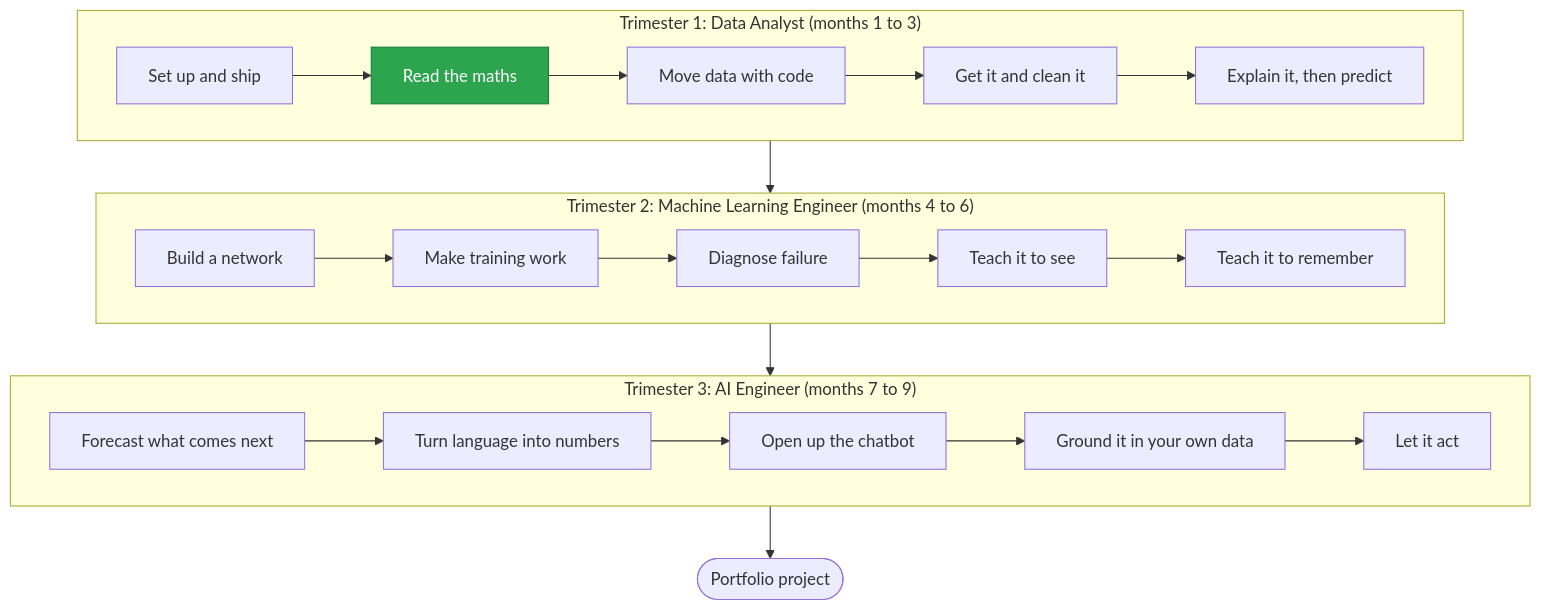
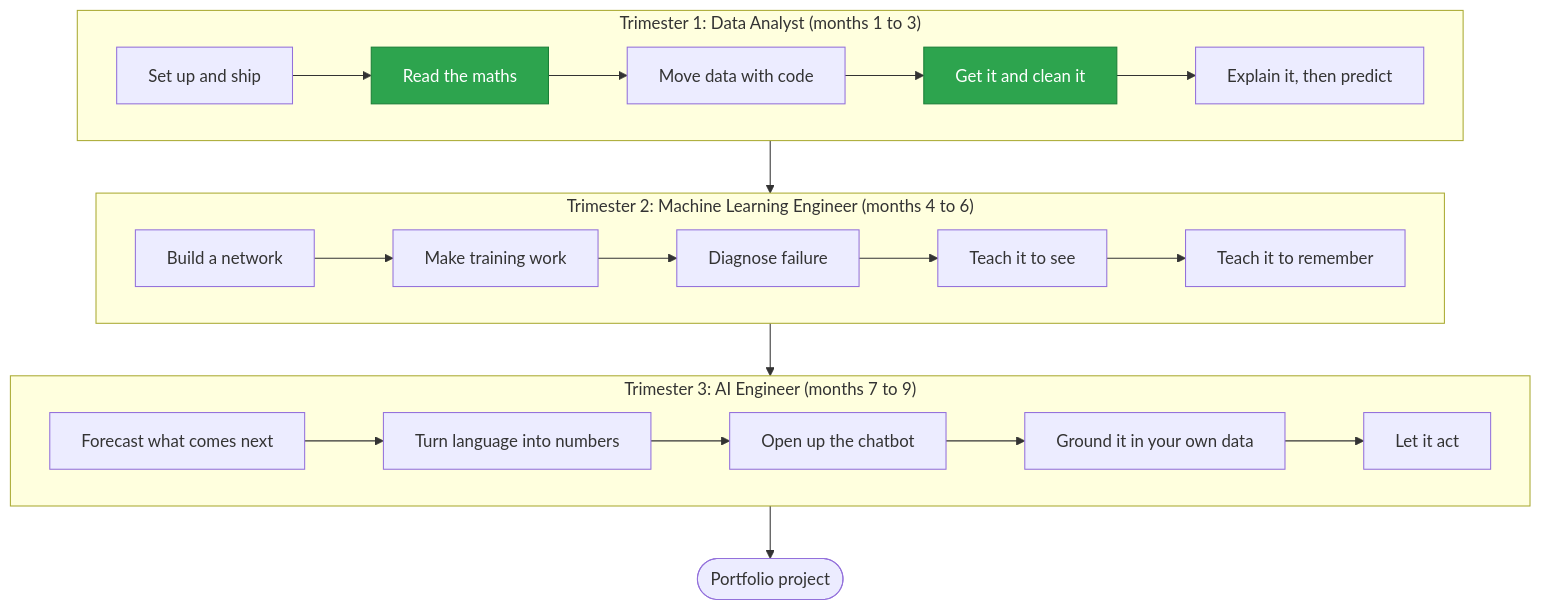
The diagram in README.md (evisp/holbertonschool-machine_learning), drawn with Mermaid before and after one commit. The commit also changed other lines of this file and 40 other files, not shown here.

````diff
--- a/README.md
+++ b/README.md
@@ -13,22 +13,22 @@
 ```mermaid
 flowchart TB
     subgraph T1["Trimester 1: Data Analyst (months 1 to 3)"]
         direction LR
         A1["Set up and ship"] --> A2["Read the maths"] --> A3["Move data with code"] --> A4["Get it and clean it"] --> A5["Explain it, then predict"]
     end
 
     subgraph T2["Trimester 2: Machine Learning Engineer (months 4 to 6)"]
         direction LR
         B1["Build a network"] --> B2["Make training work"] --> B3["Diagnose failure"] --> B4["Teach it to see"] --> B5["Teach it to remember"]
     end
 
     subgraph T3["Trimester 3: AI Engineer (months 7 to 9)"]
         direction LR
         C1["Forecast what comes next"] --> C2["Turn language into numbers"] --> C3["Open up the chatbot"] --> C4["Ground it in your own data"] --> C5["Let it act"]
     end
 
     T1 --> T2 --> T3 --> P(["Portfolio project"])
 
     classDef open fill:#2da44e,stroke:#1a7f37,color:#ffffff
-    class A2 open
+    class A2,A4 open
 ```
````
